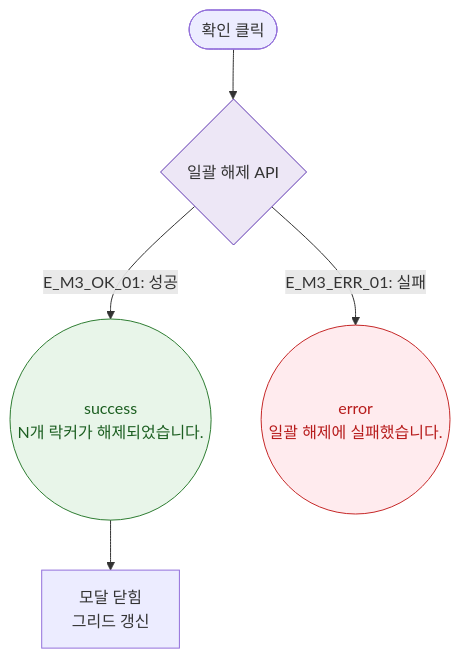
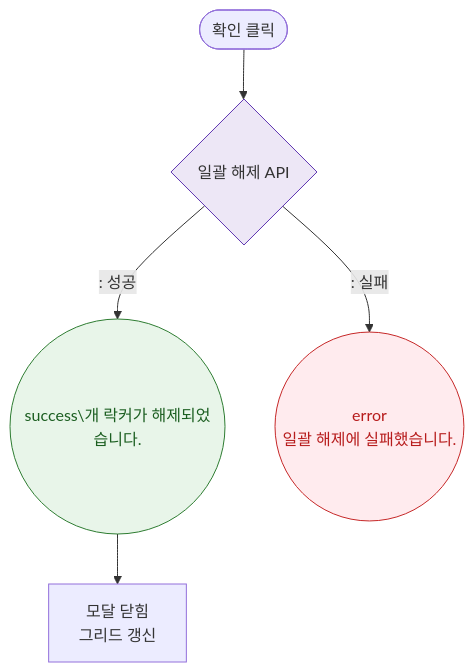
The diagram in docs/다이어그램/D06_시설관리/DLG/DLG-050-007_일괄해제확인/M3_결과분기.md (dev-spogym/admin-pando), drawn with Mermaid before and after one commit. The commit also changed other lines of this file and 1660 other files, not shown here.

First line of the commit message:
다이어그램: 기획자/클라이언트 납품본으로 정리

````diff
--- a/docs/다이어그램/D06_시설관리/DLG/DLG-050-007_일괄해제확인/M3_결과분기.md
+++ b/docs/다이어그램/D06_시설관리/DLG/DLG-050-007_일괄해제확인/M3_결과분기.md
@@ -16,14 +14,14 @@
 ```mermaid
 flowchart TD
     ACTION([확인 클릭]) --> BulkAPI{일괄 해제 API}
-    BulkAPI -->|"E_M3_OK_01: 성공"| SuccessToast((success\nN개 락커가 해제되었습니다.))
-    BulkAPI -->|"E_M3_ERR_01: 실패"| ErrorToast((error\n일괄 해제에 실패했습니다.))
+    BulkAPI -->|": 성공"|SuccessToast((success\개 락커가 해제되었습니다.))
+    BulkAPI -->|": 실패"|ErrorToast((error\n일괄 해제에 실패했습니다.))
     SuccessToast --> CLOSE[모달 닫힘\n그리드 갱신]
 
     classDef success fill:#E8F5E9,stroke:#2E7D32,color:#1B5E20
     classDef error fill:#FFEBEE,stroke:#C62828,color:#B71C1C
     classDef system fill:#EDE7F6,stroke:#5E35B2
     class SuccessToast success
     class ErrorToast error
     class BulkAPI system
 ```
````
